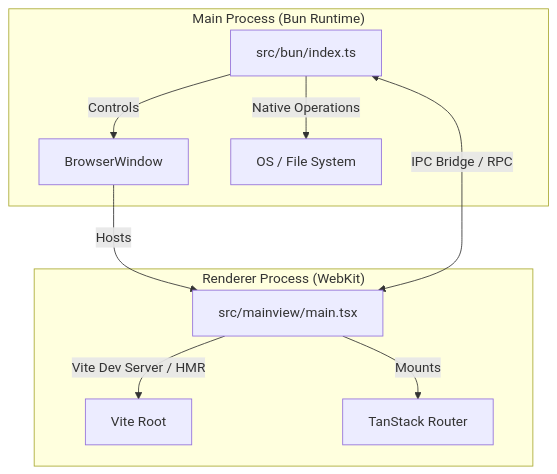
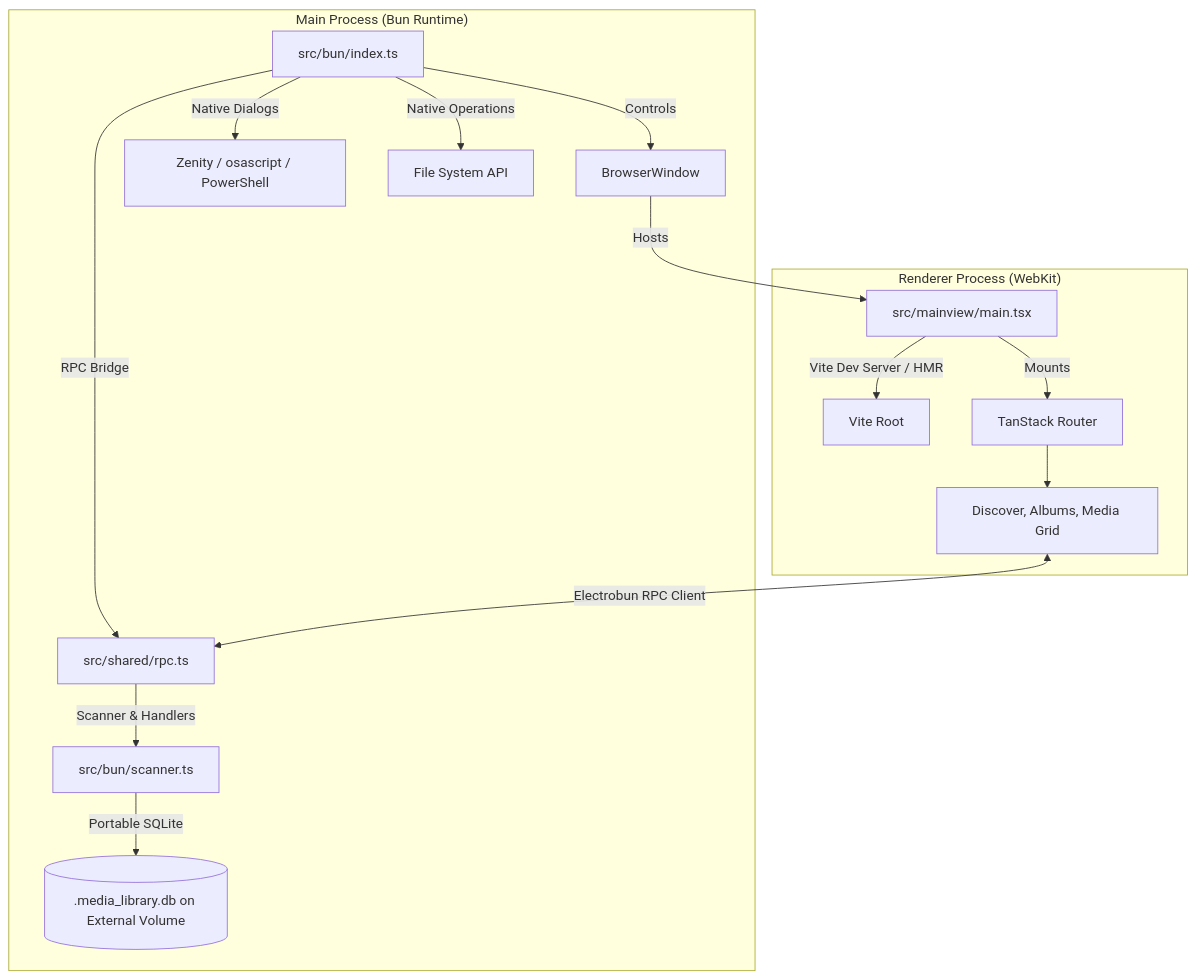
Before and after one commit to heisdezz/drive: the diagram in docs/architecture.md, drawn with Mermaid. The commit also changed other lines of this file and 18 other files, not shown here.

Commit message:
feat: add scanner ignorelist, native folder picker dialogs, and UI enhancements

````diff
--- a/docs/architecture.md
+++ b/docs/architecture.md
@@ -11,13 +11,18 @@
 ```mermaid
 graph TD
     subgraph "Main Process (Bun Runtime)"
         A[src/bun/index.ts] -->|Controls| B[BrowserWindow]
-        A -->|Native Operations| C[OS / File System]
+        A -->|RPC Bridge| RPC[src/shared/rpc.ts]
+        RPC -->|Scanner & Handlers| S[src/bun/scanner.ts]
+        S -->|Portable SQLite| DB[(.media_library.db on External Volume)]
+        A -->|Native Dialogs| DGL[Zenity / osascript / PowerShell]
+        A -->|Native Operations| FS[File System API]
     end
     subgraph "Renderer Process (WebKit)"
-        B -->|Hosts| D[src/mainview/main.tsx]
-        D -->|Vite Dev Server / HMR| E[Vite Root]
-        D -->|Mounts| F[TanStack Router]
+        B -->|Hosts| R[src/mainview/main.tsx]
+        R -->|Vite Dev Server / HMR| E[Vite Root]
+        R -->|Mounts| Router[TanStack Router]
+        Router --> UI[Discover, Albums, Media Grid]
     end
-    D <-->|IPC Bridge / RPC| A
+    UI <-->|Electrobun RPC Client| RPC
 ```
````
